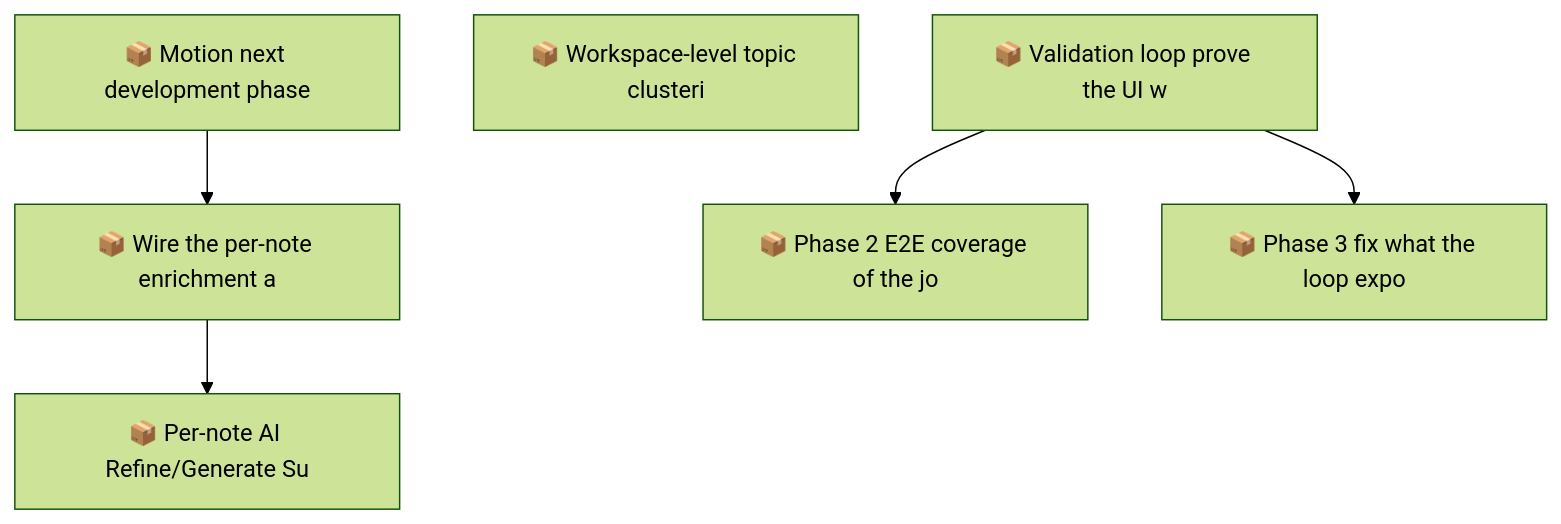
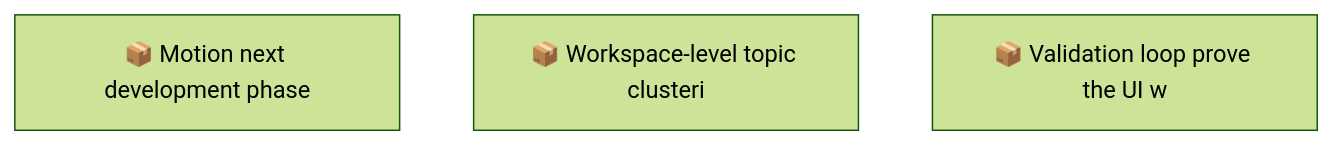
One commit to SpillwaveSolutions/motion changed the second of 2 diagrams in docs/roadmap.md. Above: the diagram before and after it, drawn with Mermaid (forest theme). The commit also changed other lines of this file and 18 other files, not shown here.

First line of the commit message:
test(e2e): Phase 2 journey coverage (01KYK6NHSHBJ0SV2MM8N3A0KJR)

````diff
--- a/docs/roadmap.md
+++ b/docs/roadmap.md
@@ -67,14 +45,6 @@
 ```mermaid
 graph TD
     01KYFZ6RBHABFSC9K9NJ90168Q["📦 Motion next development phase"]
-    01KYFZ6RBJV920SFW0MAN9MX9J["📦 Wire the per-note enrichment a"]
-    01KYFZ6RBJZNYDT9AK2V0RA11T["📦 Per-note AI Refine/Generate Su"]
     01KYFZ8RGR06XBSG9CH4TEWYJY["📦 Workspace-level topic clusteri"]
     01KYK6NHSFJNG9XV6D8K5SHWCV["📦 Validation loop prove the UI w"]
-    01KYK6NHSHBJ0SV2MM8N3A0KJR["📦 Phase 2 E2E coverage of the jo"]
-    01KYK6NHSHZJNNCYMEW9ZG77NP["📦 Phase 3 fix what the loop expo"]
-    01KYFZ6RBHABFSC9K9NJ90168Q --> 01KYFZ6RBJV920SFW0MAN9MX9J
-    01KYFZ6RBJV920SFW0MAN9MX9J --> 01KYFZ6RBJZNYDT9AK2V0RA11T
-    01KYK6NHSFJNG9XV6D8K5SHWCV --> 01KYK6NHSHBJ0SV2MM8N3A0KJR
-    01KYK6NHSFJNG9XV6D8K5SHWCV --> 01KYK6NHSHZJNNCYMEW9ZG77NP
 ```
````
